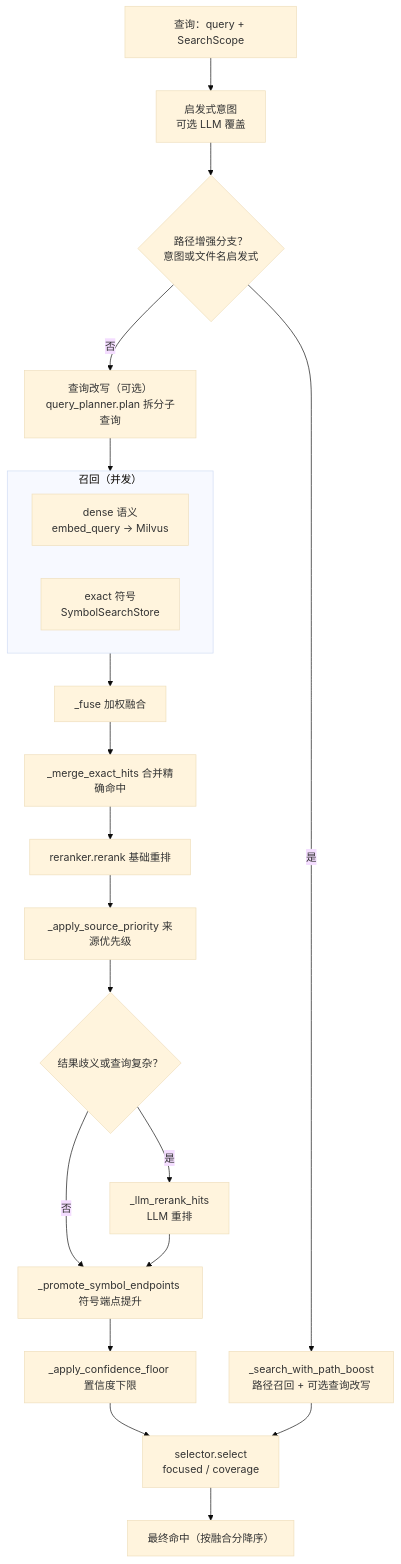
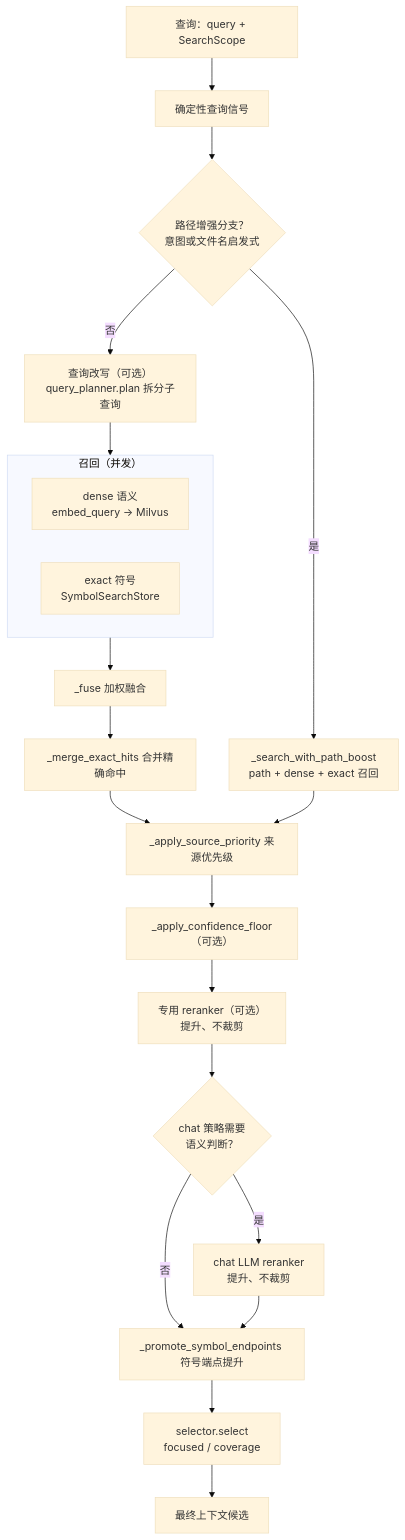
Before and after one commit to JasonEX/oce: the second of 2 diagrams in README.zh-CN.md, drawn with Mermaid (base theme). The commit also changed other lines of this file and 32 other files, not shown here.

````diff
--- a/README.zh-CN.md
+++ b/README.zh-CN.md
@@ -375,31 +398,31 @@
 ```mermaid
 flowchart TB
     Q["查询：query + SearchScope"]
-    Q --> Intent["启发式意图<br/>可选 LLM 覆盖"]
+    Q --> Intent["确定性查询信号"]
     Intent --> PathCheck{"路径增强分支？<br/>意图或文件名启发式"}
 
-    PathCheck -->|是| PathBoost["_search_with_path_boost<br/>路径召回 + 可选查询改写"]
+    PathCheck -->|是| PathBoost["_search_with_path_boost<br/>path + dense + exact 召回"]
     PathCheck -->|否| Rewrite["查询改写（可选）<br/>query_planner.plan 拆分子查询"]
 
     Rewrite --> Recall
 
     subgraph Recall["召回（并发）"]
         direction LR
         Dense["dense 语义<br/>embed_query → Milvus"]
         Exact["exact 符号<br/>SymbolSearchStore"]
     end
 
     Recall --> Fuse["_fuse 加权融合"]
     Fuse --> Merge["_merge_exact_hits 合并精确命中"]
-    Merge --> Rerank["reranker.rerank 基础重排"]
-    Rerank --> Source["_apply_source_priority 来源优先级"]
-    Source --> Gate{"结果歧义或查询复杂？"}
-    Gate -->|是| LLMRerank["_llm_rerank_hits<br/>LLM 重排"]
+    Merge --> Source["_apply_source_priority 来源优先级"]
+    Source --> Floor["_apply_confidence_floor（可选）"]
+    Floor --> Rerank["专用 reranker（可选）<br/>提升、不裁剪"]
+    Rerank --> Gate{"chat 策略需要<br/>语义判断？"}
+    Gate -->|是| LLMRerank["chat LLM reranker<br/>提升、不裁剪"]
     Gate -->|否| Promote
     LLMRerank --> Promote["_promote_symbol_endpoints 符号端点提升"]
-    Promote --> Floor["_apply_confidence_floor 置信度下限"]
-    Floor --> Select["selector.select<br/>focused / coverage"]
+    Promote --> Select["selector.select<br/>focused / coverage"]
 
-    PathBoost --> Select
-    Select --> Out["最终命中（按融合分降序）"]
+    PathBoost --> Source
+    Select --> Out["最终上下文候选"]
 ```
````
